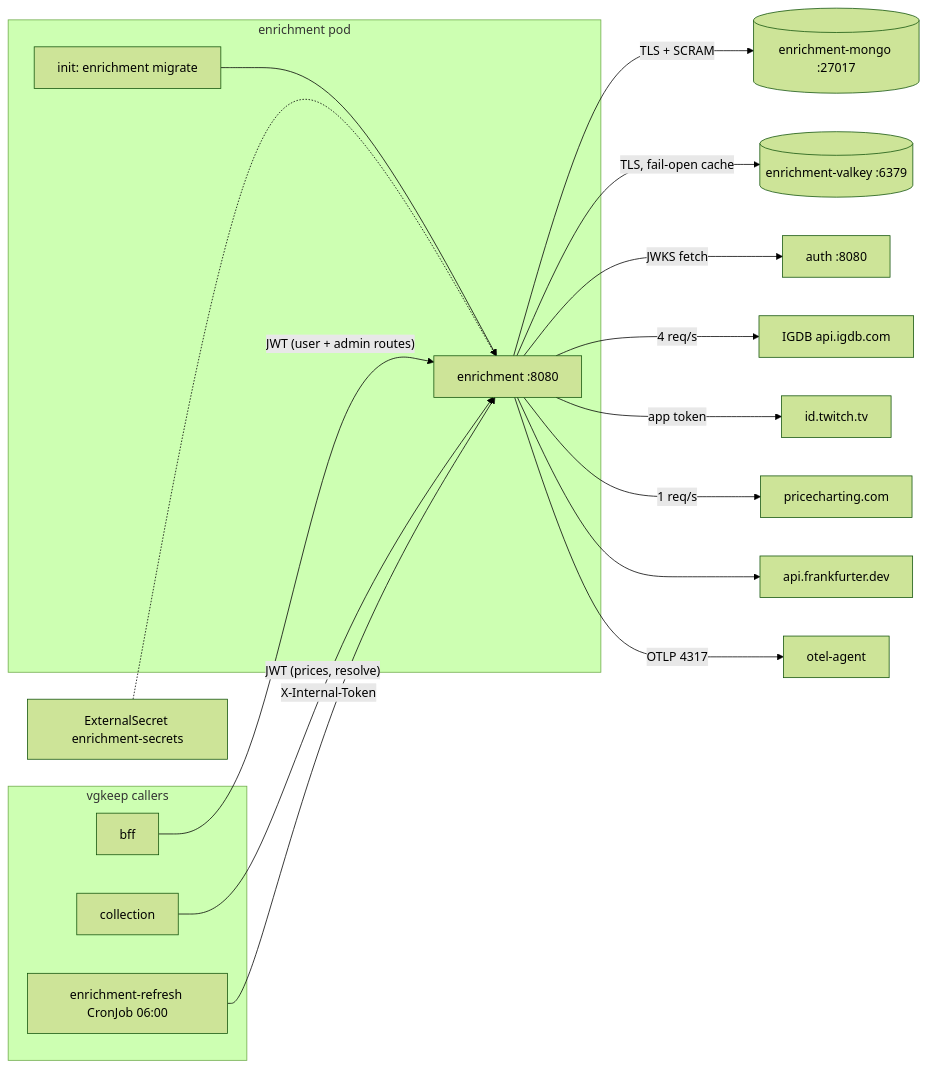
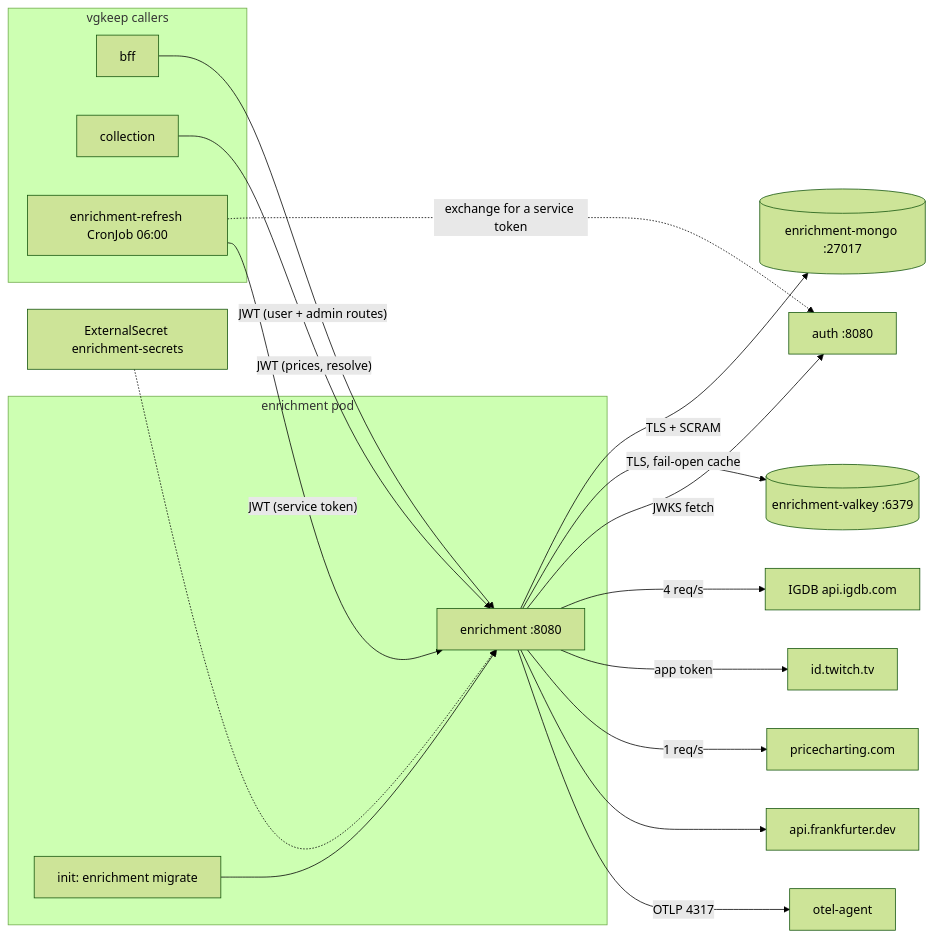
The first of 2 diagrams in docs/runbooks/enrichment.md (levonn-dev/vg-collect), drawn with Mermaid (forest theme) before and after one commit. The commit also changed other lines of this file and 9 other files, not shown here.

````diff
--- a/docs/runbooks/enrichment.md
+++ b/docs/runbooks/enrichment.md
@@ -47,23 +53,24 @@
 ```mermaid
 graph LR
     subgraph vgkeep callers
         bff[bff]
         coll[collection]
         cron["enrichment-refresh CronJob 06:00"]
     end
     subgraph enrichment pod
         mig["init: enrichment migrate"] --> svc["enrichment :8080"]
     end
     bff -- "JWT (user + admin routes)" --> svc
     coll -- "JWT (prices, resolve)" --> svc
-    cron -- "X-Internal-Token" --> svc
+    cron -.->|"exchange for a service token"| auth
+    cron -- "JWT (service token)" --> svc
     svc -- "TLS + SCRAM" --> mongo[("enrichment-mongo :27017")]
     svc -- "TLS, fail-open cache" --> valkey[("enrichment-valkey :6379")]
     svc -- "JWKS fetch" --> auth["auth :8080"]
     svc -- "4 req/s" --> igdb["IGDB api.igdb.com"]
     svc -- "app token" --> twitch["id.twitch.tv"]
     svc -- "1 req/s" --> pc["pricecharting.com"]
     svc --> fx["api.frankfurter.dev"]
     es[ExternalSecret enrichment-secrets] -.-> svc
     svc -- "OTLP 4317" --> otel[otel-agent]
 ```
````
